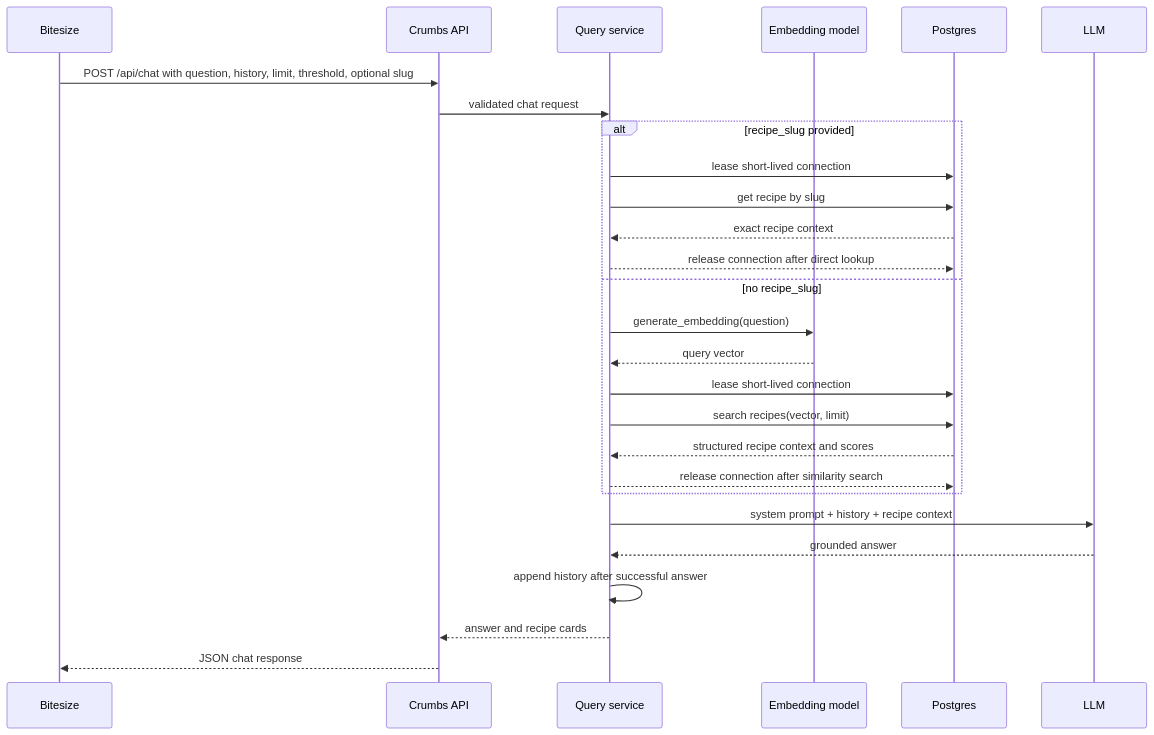
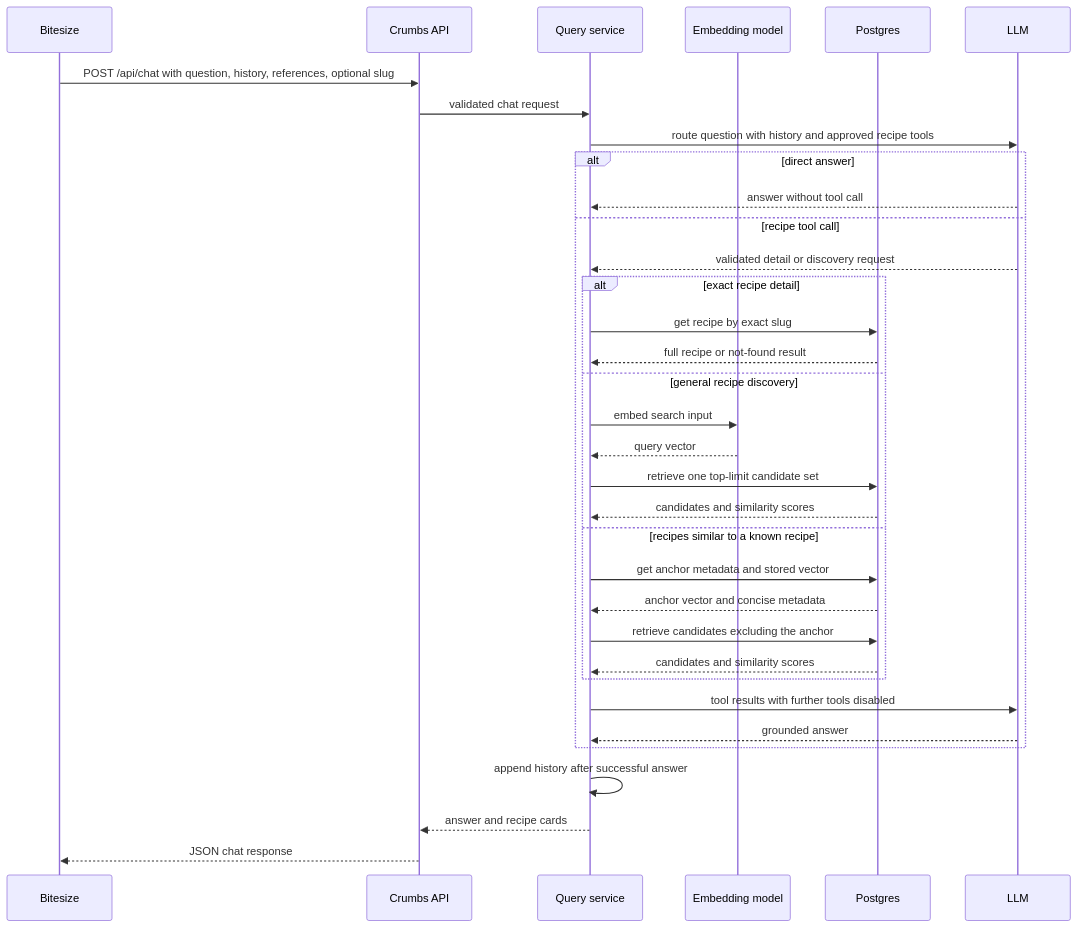
One commit to christinelinster/crumbs changed the second of 2 diagrams in docs/architecture.md. Above: the diagram before and after it, drawn with Mermaid. The commit also changed other lines of this file and 36 other files, not shown here.

````diff
--- a/docs/architecture.md
+++ b/docs/architecture.md
@@ -74,30 +75,37 @@
 ```mermaid
 sequenceDiagram
     participant Bitesize
     participant API as Crumbs API
     participant Query as Query service
     participant Embed as Embedding model
     participant DB as Postgres
     participant LLM
 
-    Bitesize->>API: POST /api/chat with question, history, limit, threshold, optional slug
+    Bitesize->>API: POST /api/chat with question, history, references, optional slug
     API->>Query: validated chat request
-    alt recipe_slug provided
-        Query->>DB: lease short-lived connection
-        Query->>DB: get recipe by slug
-        DB-->>Query: exact recipe context
-        Query-->>DB: release connection after direct lookup
-    else no recipe_slug
-        Query->>Embed: generate_embedding(question)
-        Embed-->>Query: query vector
-        Query->>DB: lease short-lived connection
-        Query->>DB: search recipes(vector, limit)
-        DB-->>Query: structured recipe context and scores
-        Query-->>DB: release connection after similarity search
+    Query->>LLM: route question with history and approved recipe tools
+    alt direct answer
+        LLM-->>Query: answer without tool call
+    else recipe tool call
+        LLM-->>Query: validated detail or discovery request
+        alt exact recipe detail
+            Query->>DB: get recipe by exact slug
+            DB-->>Query: full recipe or not-found result
+        else general recipe discovery
+            Query->>Embed: embed search input
+            Embed-->>Query: query vector
+            Query->>DB: retrieve one top-limit candidate set
+            DB-->>Query: candidates and similarity scores
+        else recipes similar to a known recipe
+            Query->>DB: get anchor metadata and stored vector
+            DB-->>Query: anchor vector and concise metadata
+            Query->>DB: retrieve candidates excluding the anchor
+            DB-->>Query: candidates and similarity scores
+        end
+        Query->>LLM: tool results with further tools disabled
+        LLM-->>Query: grounded answer
     end
-    Query->>LLM: system prompt + history + recipe context
-    LLM-->>Query: grounded answer
     Query->>Query: append history after successful answer
     Query-->>API: answer and recipe cards
     API-->>Bitesize: JSON chat response
 ```
````
